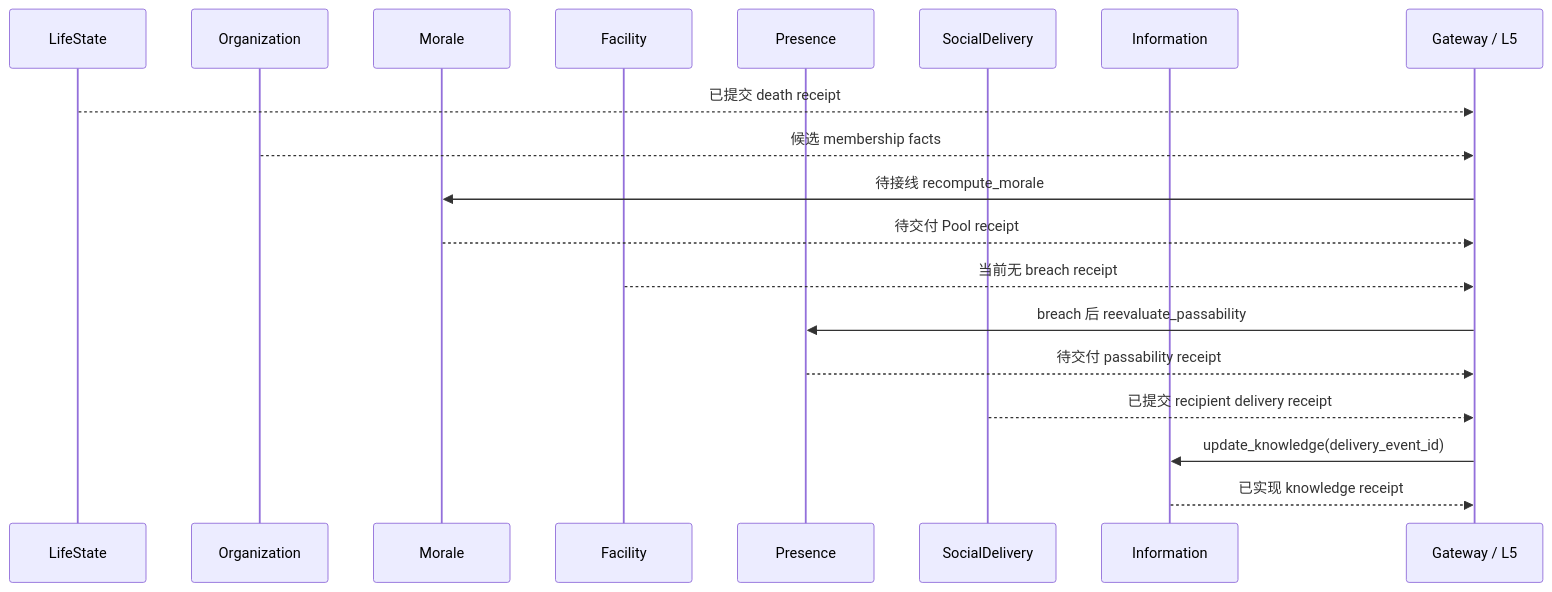
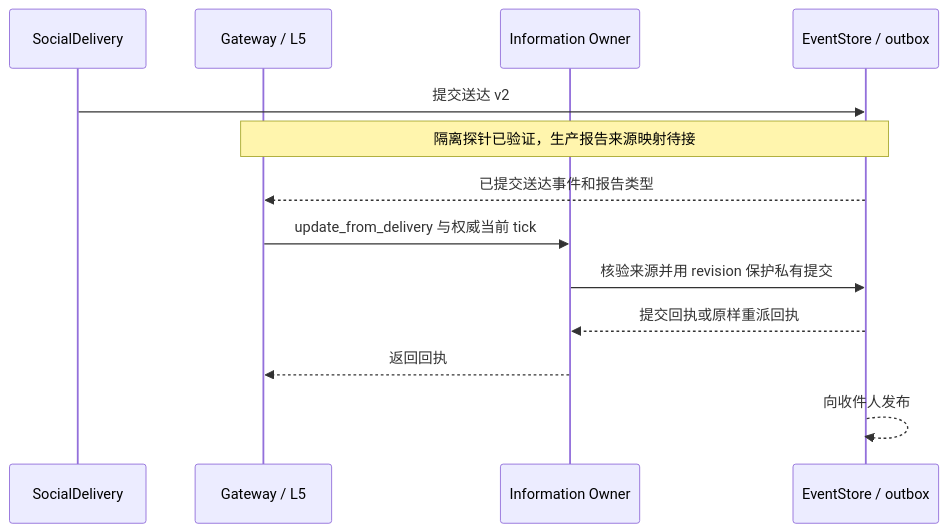
One commit to Dancing-coin/Paralls-phase0-1 changed the second of 3 diagrams in docs/verification/siege-three-paths-20261123/design.md. Above: the diagram before and after it, drawn with Mermaid. The commit also changed other lines of this file and 5 other files, not shown here.

```diff
--- a/docs/verification/siege-three-paths-20261123/design.md
+++ b/docs/verification/siege-three-paths-20261123/design.md
@@ -30,21 +30,15 @@
 ~~~mermaid
 sequenceDiagram
-    participant L as LifeState
-    participant O as Organization
-    participant M as Morale
-    participant F as Facility
-    participant P as Presence
     participant S as SocialDelivery
-    participant I as Information
-    participant A as Gateway / L5
-    L-->>A: 已提交 death receipt
-    O-->>A: 候选 membership facts
-    A->>M: 待接线 recompute_morale
-    M-->>A: 待交付 Pool receipt
-    F-->>A: 当前无 breach receipt
-    A->>P: breach 后 reevaluate_passability
-    P-->>A: 待交付 passability receipt
-    S-->>A: 已提交 recipient delivery receipt
-    A->>I: update_knowledge(delivery_event_id)
-    I-->>A: 已实现 knowledge receipt
+    participant L as Gateway / L5
+    participant I as Information Owner
+    participant O as EventStore / outbox
+    S->>O: 提交送达 v2
+    Note over O,L: 隔离探针已验证，生产报告来源映射待接
+    O-->>L: 已提交送达事件和报告类型
+    L->>I: update_from_delivery 与权威当前 tick
+    I->>O: 核验来源并用 revision 保护私有提交
+    O-->>I: 提交回执或原样重派回执
+    I-->>L: 返回回执
+    O-->>O: 向收件人发布
 ~~~
```
